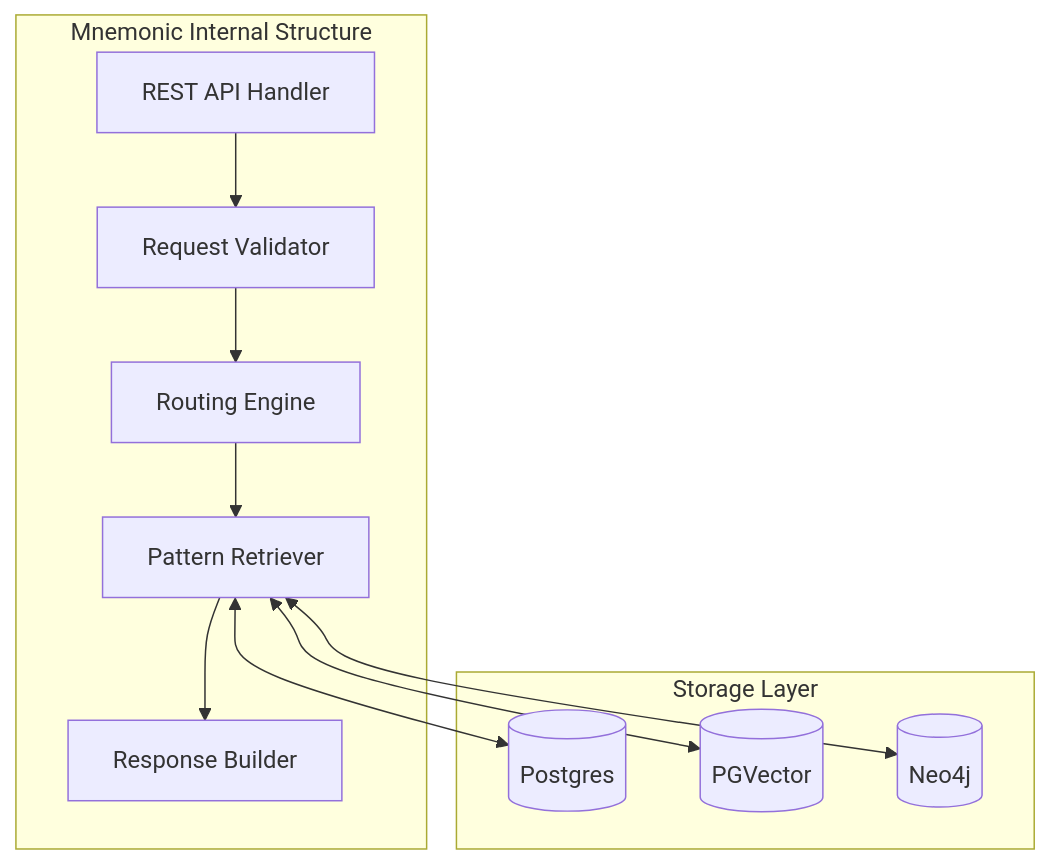
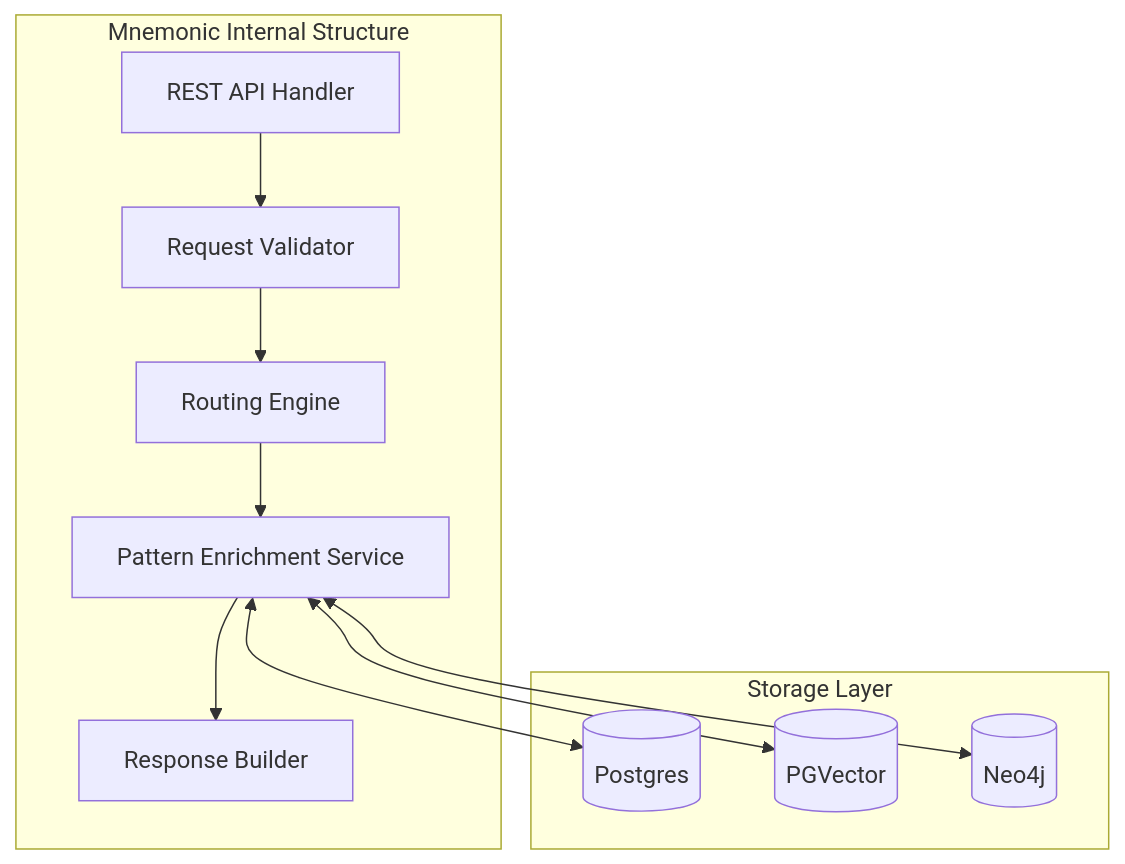
The third of 6 diagrams in docs/architecture/03-system-architecture.md (twistingmercury/mnemonic-mcp), drawn with Mermaid before and after one commit. The commit also changed other lines of this file and 14 other files, not shown here.

````diff
--- a/docs/architecture/03-system-architecture.md
+++ b/docs/architecture/03-system-architecture.md
@@ -99,24 +99,24 @@
 ```mermaid
 graph TB
     subgraph "Mnemonic Internal Structure"
         REST[REST API Handler]
         VALID[Request Validator]
         ROUTER[Routing Engine]
-        PATTERN[Pattern Retriever]
+        PATTERN[Pattern Enrichment Service]
         RESP[Response Builder]
     end
 
     subgraph "Storage Layer"
         PG[(Postgres)]
         PGV[(PGVector)]
         NEO[(Neo4j)]
     end
 
     REST --> VALID
     VALID --> ROUTER
     ROUTER --> PATTERN
     PATTERN --> RESP
     PATTERN <--> PG
     PATTERN <--> PGV
     PATTERN <--> NEO
 ```
````
